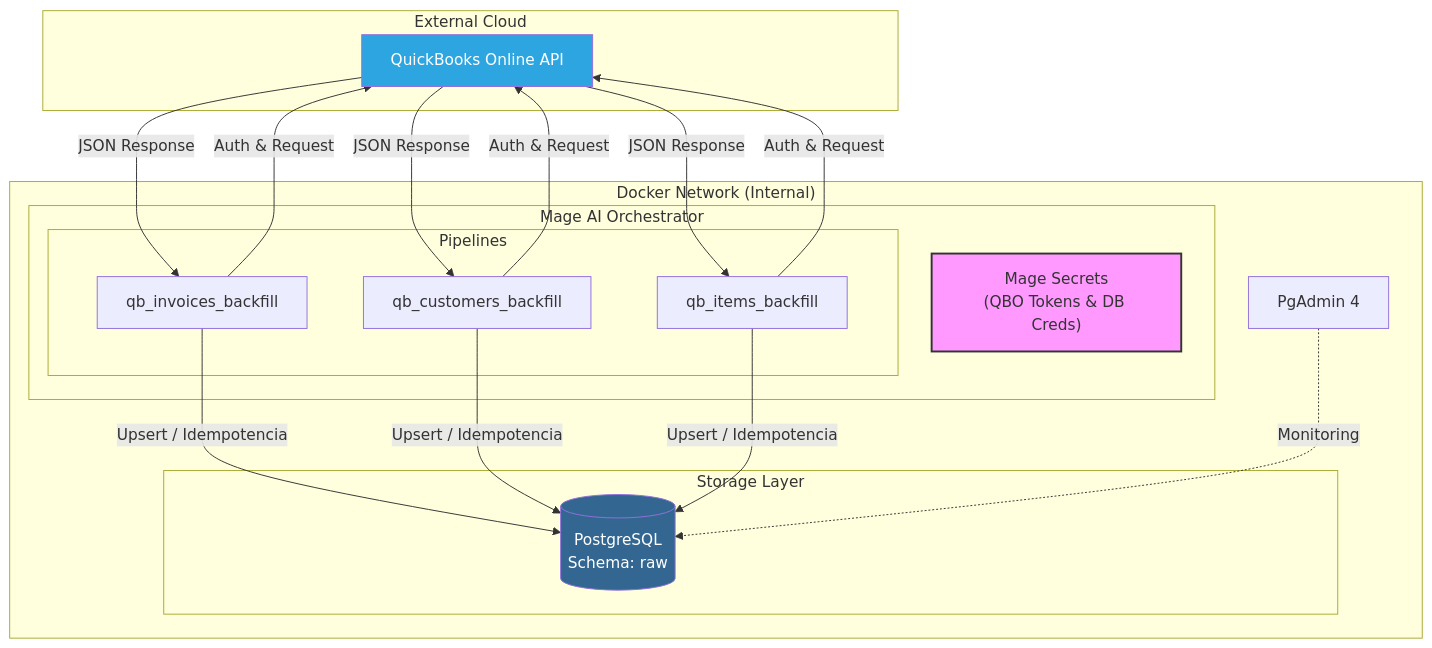
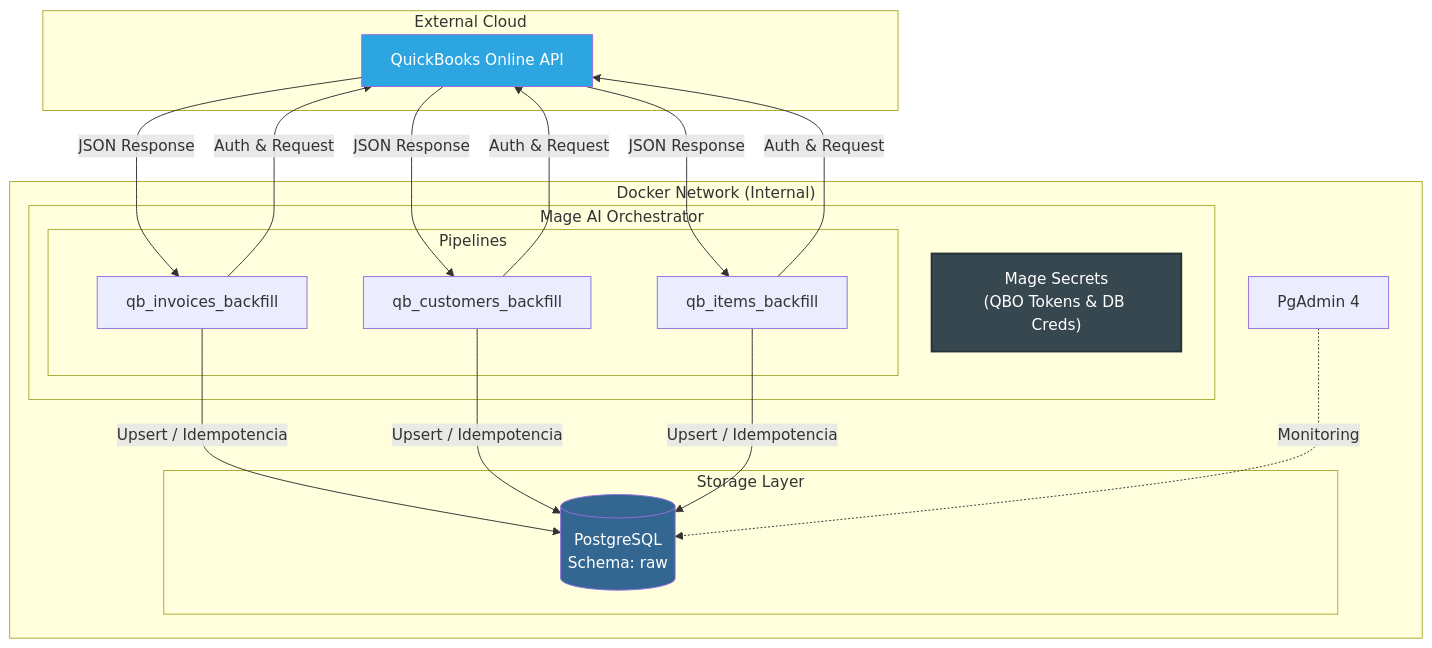
Before and after one commit to martin2000002/PSet-1: the diagram in README.md, drawn with Mermaid. The commit also changed other lines of this file and 185 other files, not shown here.

````diff
--- a/README.md
+++ b/README.md
@@ -19,33 +58,33 @@
 ```mermaid
 graph TD
     subgraph "External Cloud"
         QBO["QuickBooks Online API"]
     end
 
     subgraph "Docker Network (Internal)"
         subgraph "Mage AI Orchestrator"
             MS["Mage Secrets<br/>(QBO Tokens & DB Creds)"]
             
             subgraph "Pipelines"
                 P1["qb_invoices_backfill"]
                 P2["qb_customers_backfill"]
                 P3["qb_items_backfill"]
             end
             
             P1 & P2 & P3 -->|Auth & Request| QBO
             QBO -->|JSON Response| P1 & P2 & P3
         end
 
         subgraph "Storage Layer"
             DB[("PostgreSQL<br/>Schema: raw")]
             P1 & P2 & P3 -->|Upsert / Idempotencia| DB
         end
         
         Admin["PgAdmin 4"] -.->|Monitoring| DB
     end
 
-    style MS fill:#f9f,stroke:#333,stroke-width:2px
+    style MS fill:#37474f,stroke:#263238,stroke-width:2px,color:#fff
     style QBO fill:#2ca5e0,color:#fff
     style DB fill:#336791,color:#fff
 
 ```
````
